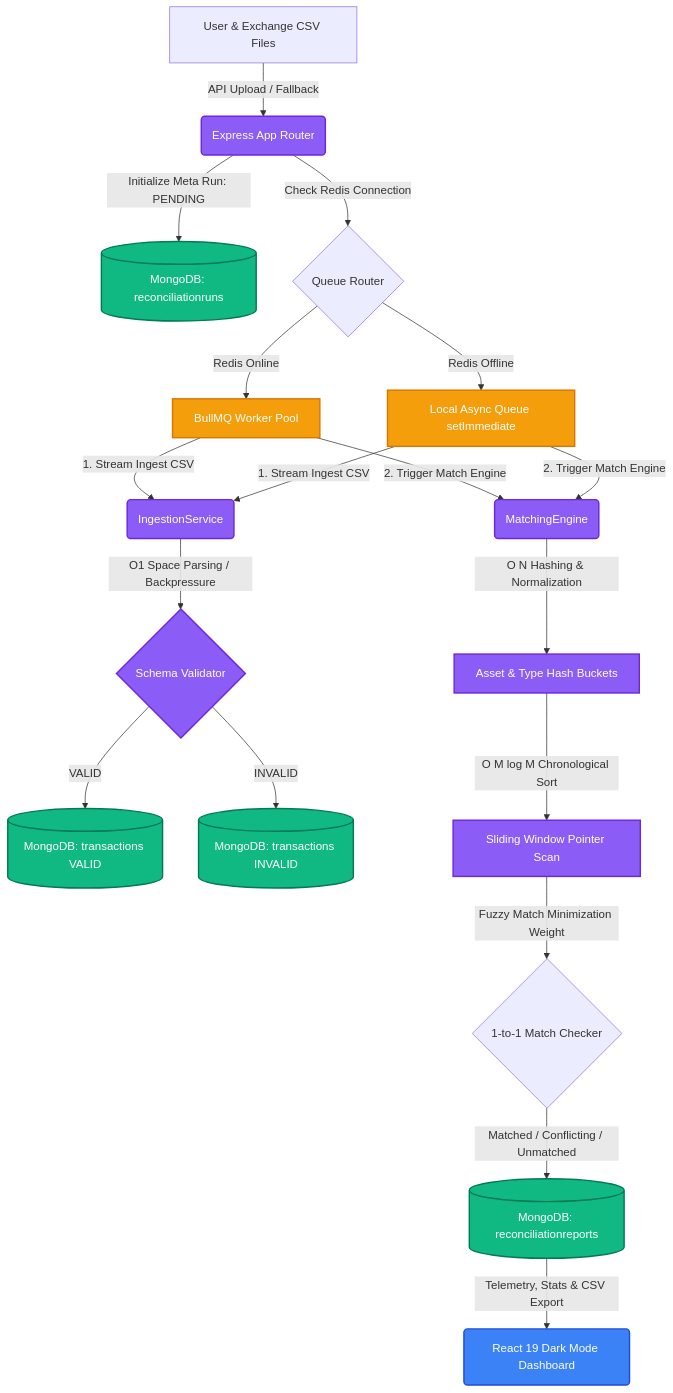
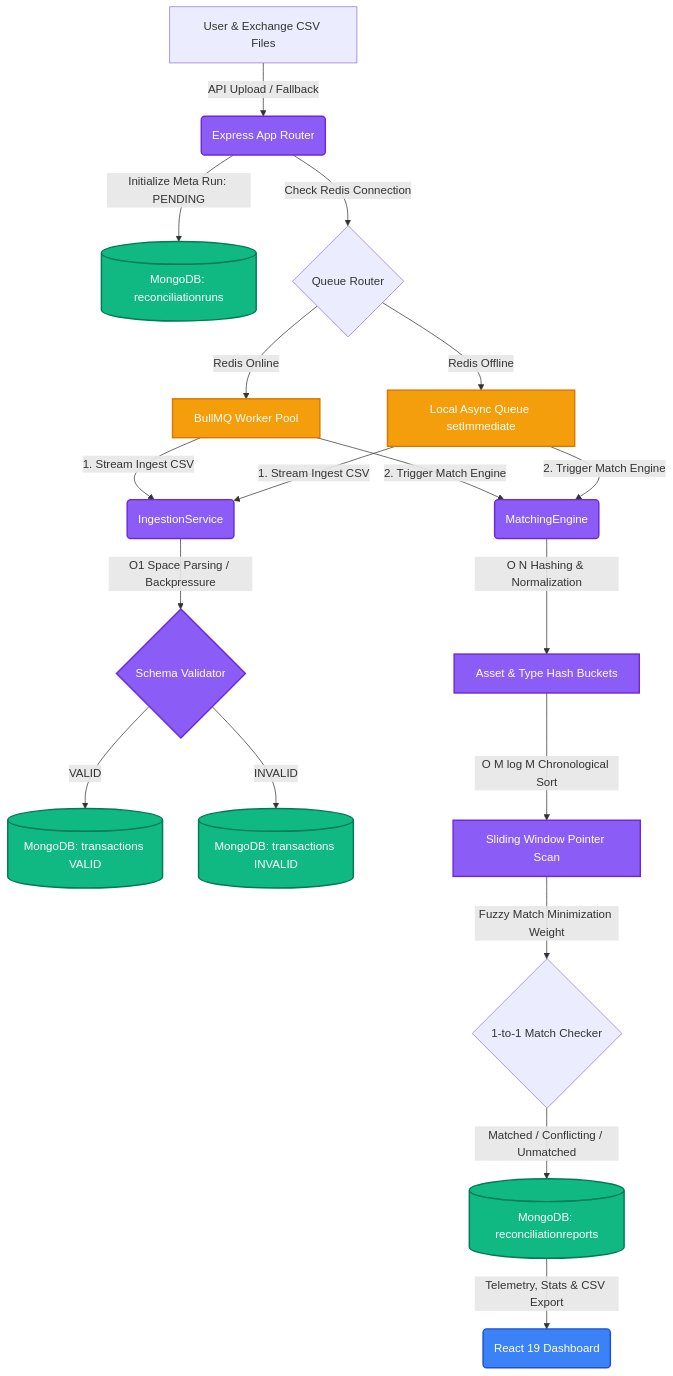
Before and after one commit to manasdhote/Reconciliation: the diagram in README.md, drawn with Mermaid. The commit also changed other lines of this file, not shown here.

````diff
--- a/README.md
+++ b/README.md
@@ -22,37 +22,37 @@
 ```mermaid
 graph TD
     %% Styling
     classDef primary fill:#8B5CF6,stroke:#6D28D9,color:#fff,stroke-width:2px;
     classDef secondary fill:#3B82F6,stroke:#1D4ED8,color:#fff,stroke-width:2px;
     classDef storage fill:#10B981,stroke:#047857,color:#fff,stroke-width:2px;
     classDef queue fill:#F59E0B,stroke:#D97706,color:#fff,stroke-width:2px;
 
     %% Elements
     A[User & Exchange CSV Files] -->|API Upload / Fallback| B(Express App Router);
     B -->|Initialize Meta Run: PENDING| C[(MongoDB: reconciliationruns)];
     B -->|Check Redis Connection| D{Queue Router};
     
     %% Task Queueing
     D -->|Redis Online| E[BullMQ Worker Pool]:::queue;
     D -->|Redis Offline| F[Local Async Queue setImmediate]:::queue;
     
     %% Processing
     E & F -->|1. Stream Ingest CSV| G(IngestionService);
     G -->|O1 Space Parsing / Backpressure| H{Schema Validator};
     H -->|VALID| I[(MongoDB: transactions VALID)]:::storage;
     H -->|INVALID| J[(MongoDB: transactions INVALID)]:::storage;
     
     %% Matching Engine
     E & F -->|2. Trigger Match Engine| K(MatchingEngine);
     K -->|O N Hashing & Normalization| L[Asset & Type Hash Buckets];
     L -->|O M log M Chronological Sort| M[Sliding Window Pointer Scan];
     M -->|Fuzzy Match Minimization Weight| N{1-to-1 Match Checker};
     
     %% Reports
     N -->|Matched / Conflicting / Unmatched| O[(MongoDB: reconciliationreports)]:::storage;
-    O -->|Telemetry, Stats & CSV Export| P(React 19 Dark Mode Dashboard);
+    O -->|Telemetry, Stats & CSV Export| P(React 19 Dashboard);
     
     class B,G,H,K,L,M primary;
     class P secondary;
     class C,I,J,O storage;
 ```
````
